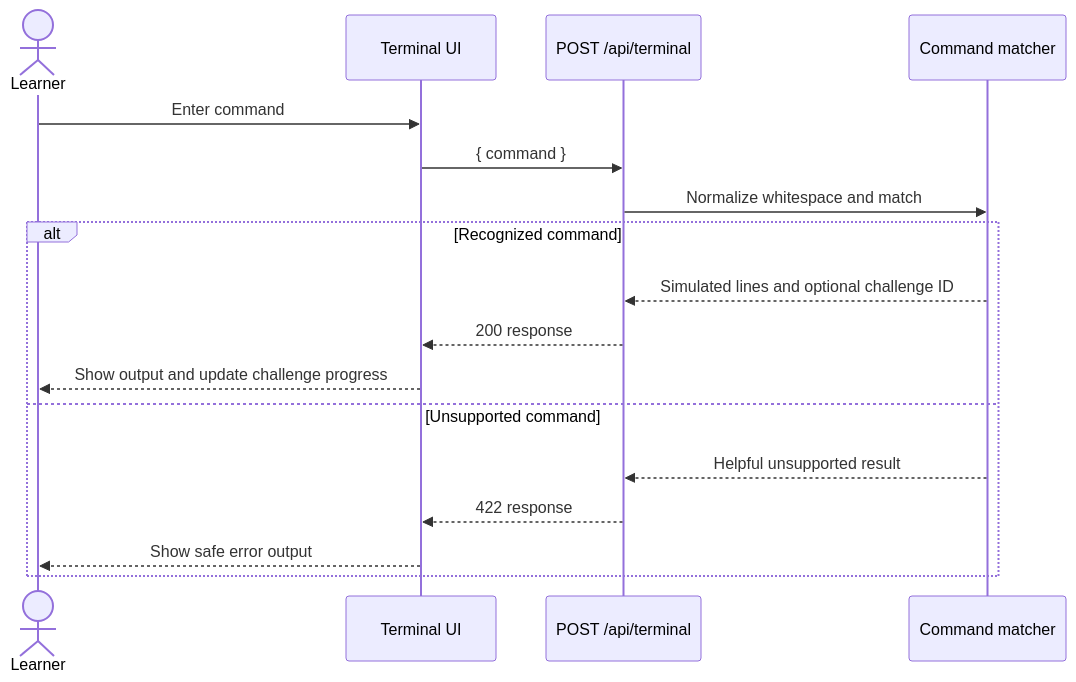
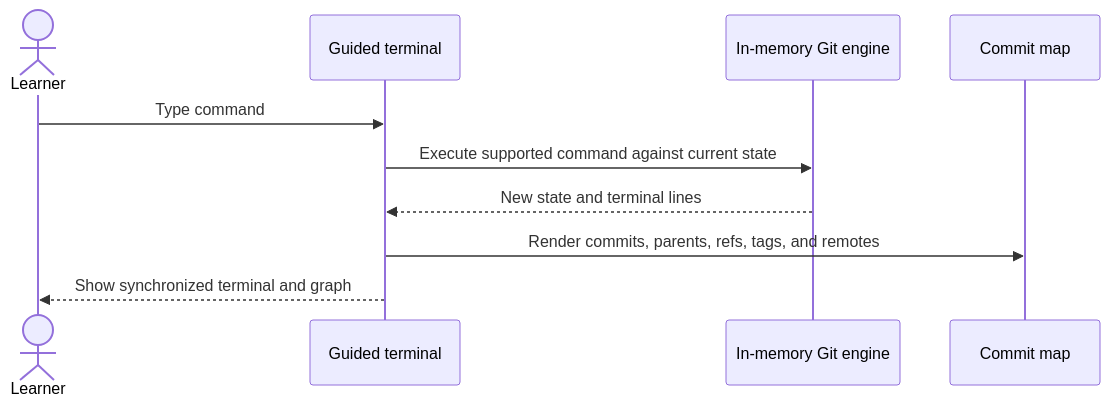
One commit to MoriartyLink/git-guide changed the sixth of 9 diagrams in docs/ARCHITECTURE.md. Above: the diagram before and after it, drawn with Mermaid. The commit also changed other lines of this file and 26 other files, not shown here.

````diff
--- a/docs/ARCHITECTURE.md
+++ b/docs/ARCHITECTURE.md
@@ -273,20 +290,13 @@
 ```mermaid
 sequenceDiagram
     actor Learner
-    participant UI as Terminal UI
-    participant API as POST /api/terminal
-    participant Matcher as Command matcher
+    participant UI as Guided terminal
+    participant Engine as In-memory Git engine
+    participant Map as Commit map
 
-    Learner->>UI: Enter command
-    UI->>API: { command }
-    API->>Matcher: Normalize whitespace and match
-    alt Recognized command
-        Matcher-->>API: Simulated lines and optional challenge ID
-        API-->>UI: 200 response
-        UI-->>Learner: Show output and update challenge progress
-    else Unsupported command
-        Matcher-->>API: Helpful unsupported result
-        API-->>UI: 422 response
-        UI-->>Learner: Show safe error output
-    end
+    Learner->>UI: Type command
+    UI->>Engine: Execute supported command against current state
+    Engine-->>UI: New state and terminal lines
+    UI->>Map: Render commits, parents, refs, tags, and remotes
+    UI-->>Learner: Show synchronized terminal and graph
 ```
````
